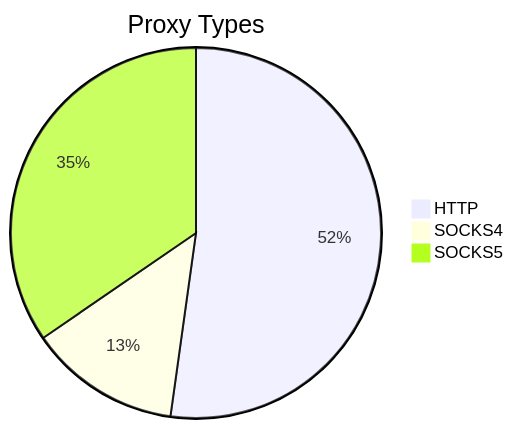
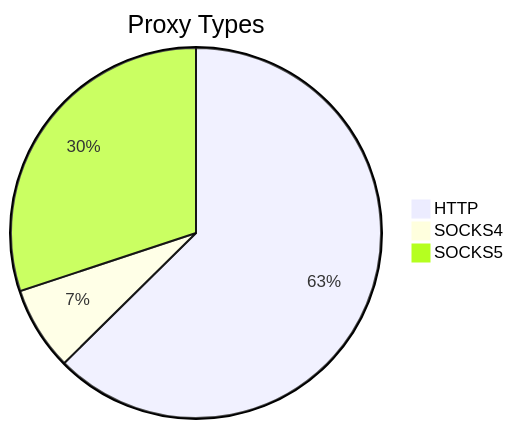
One commit to stormsia/proxy-list changed the first of 2 diagrams in README.md. Above: the diagram before and after it, drawn with Mermaid. The commit also changed other lines of this file, not shown here.

````diff
--- a/README.md
+++ b/README.md
@@ -21,6 +21,6 @@
 ```mermaid
 pie title Proxy Types
     "HTTP" : 154
-    "SOCKS4" : 39
-    "SOCKS5" : 102
+    "SOCKS4" : 18
+    "SOCKS5" : 74
 ```
````
